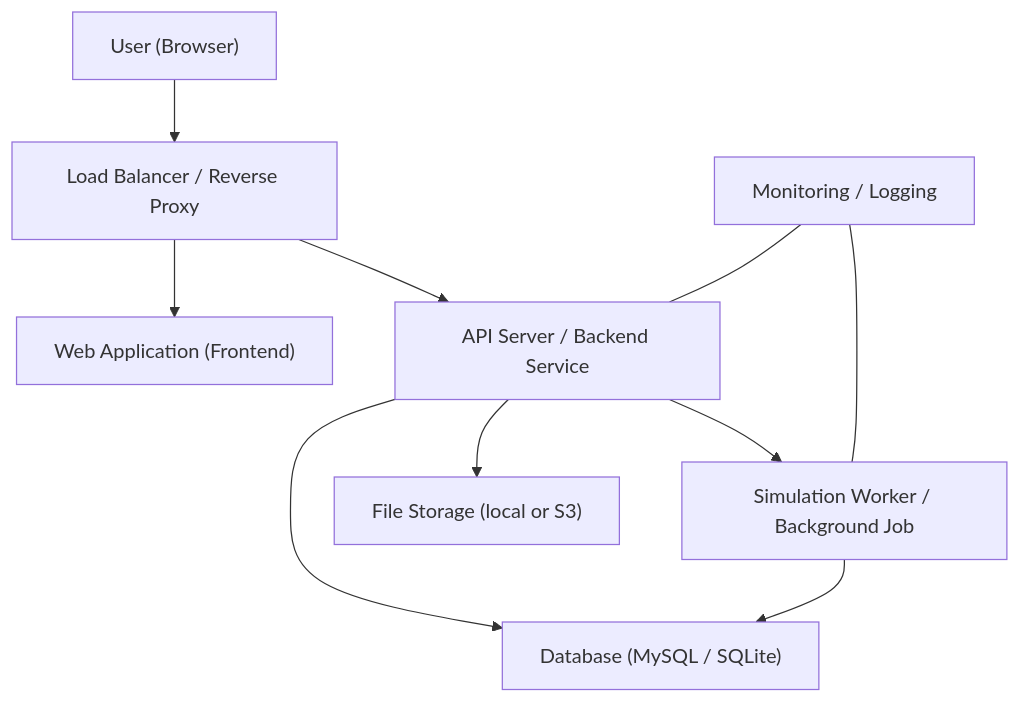
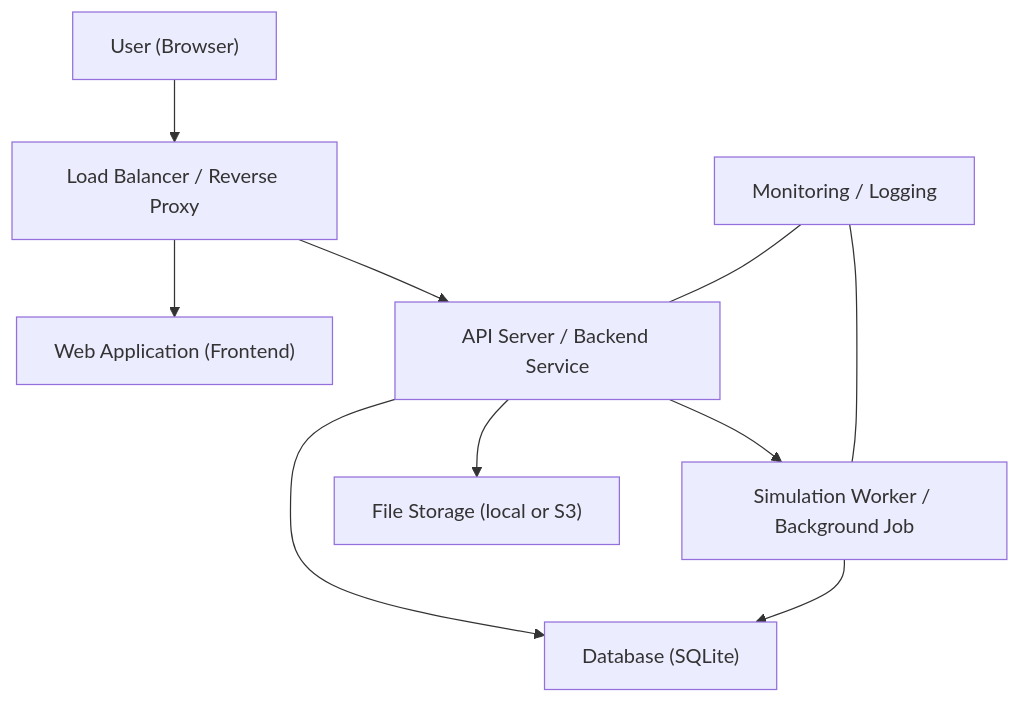
Before and after one commit to Darnell-Beganovic/zms-BBS: the second of 2 diagrams in Projektplanung/Architecture_System_Diagram.md, drawn with Mermaid. The commit also changed other lines of this file and 13 other files, not shown here.

````diff
--- a/Projektplanung/Architecture_System_Diagram.md
+++ b/Projektplanung/Architecture_System_Diagram.md
@@ -49,12 +49,12 @@
 ```mermaid
 flowchart TD
   User["User (Browser)"] --> LB["Load Balancer / Reverse Proxy"]
   LB --> WebApp["Web Application (Frontend)"]
   LB --> APIServer["API Server / Backend Service"]
-  APIServer --> DB["Database (MySQL / SQLite)"]
+  APIServer --> DB["Database (SQLite)"]
   APIServer --> SimulationWorker["Simulation Worker / Background Job"]
   SimulationWorker --> DB
   APIServer --> FileStore["File Storage (local or S3)"]
   Monitoring["Monitoring / Logging"] --- APIServer
   Monitoring --- SimulationWorker
 ```
````
